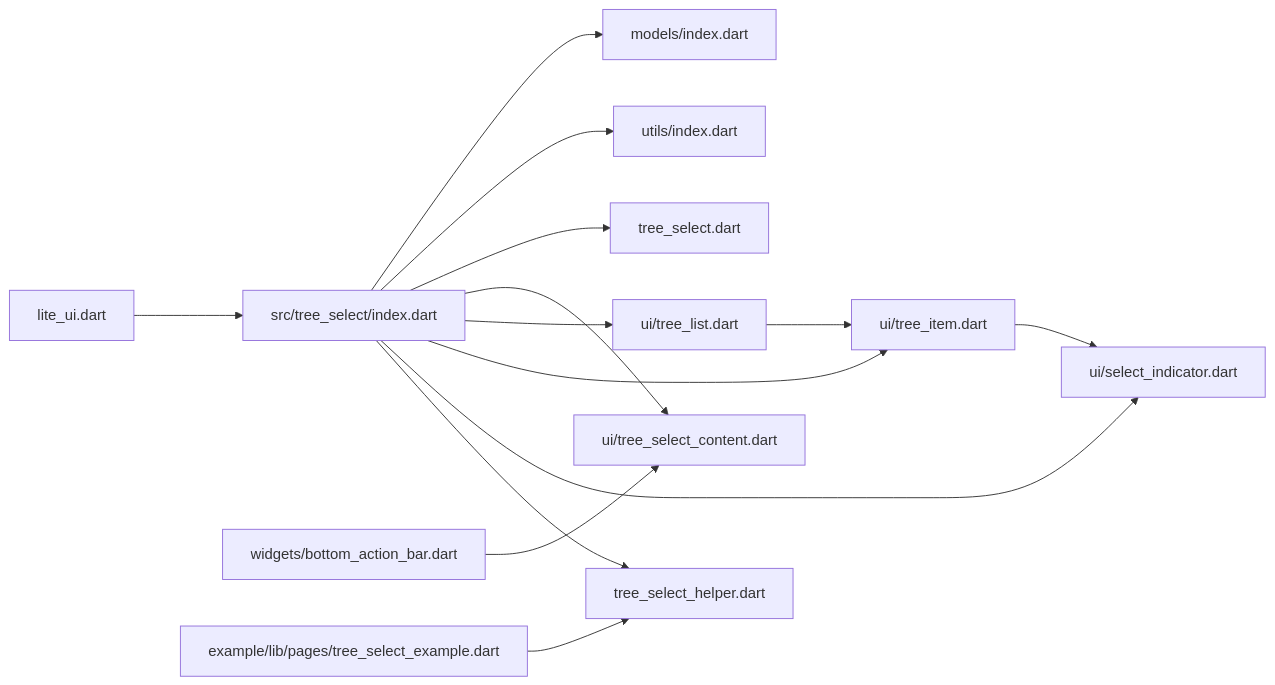
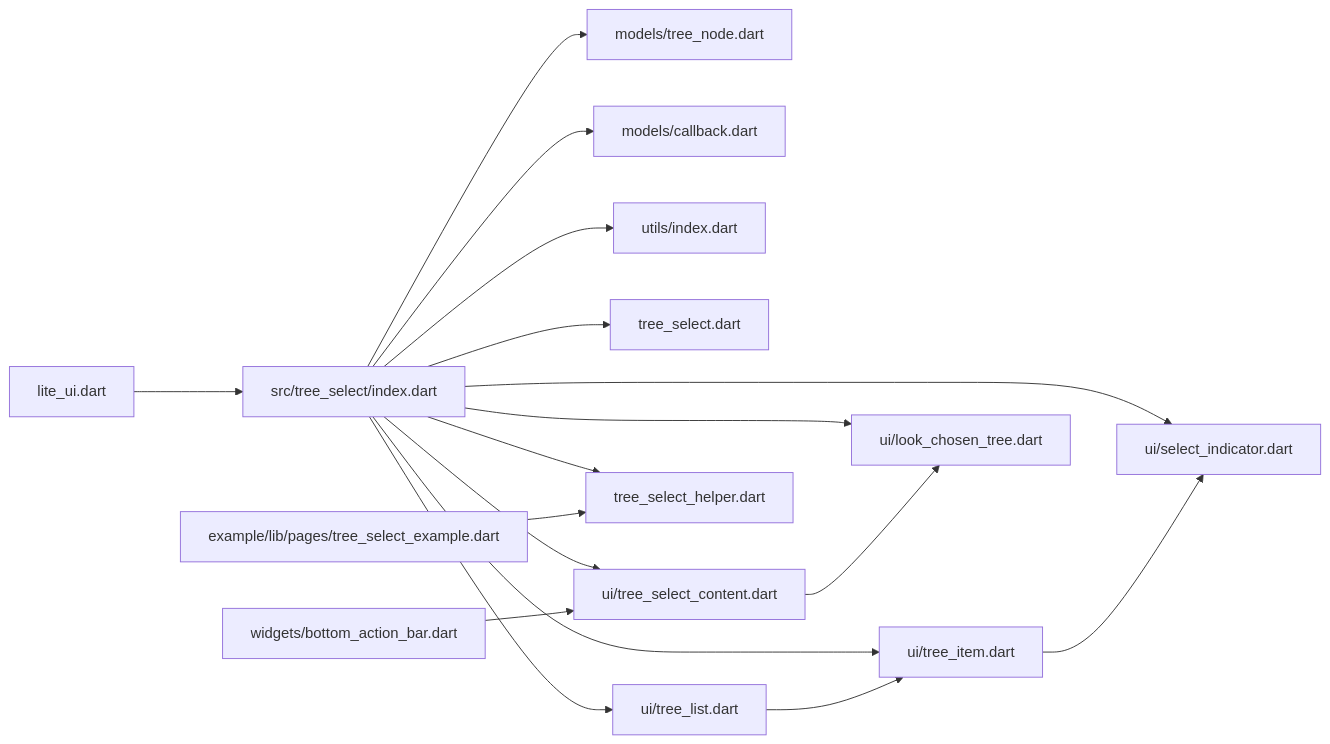
The fifth of 5 diagrams in .qoder/repowiki/zh/content/高级组件/树形选择器.md (yuzhido/lite-ui), drawn with Mermaid before and after one commit. The commit also changed other lines of this file and 34 other files, not shown here.

````diff
--- a/.qoder/repowiki/zh/content/高级组件/树形选择器.md
+++ b/.qoder/repowiki/zh/content/高级组件/树形选择器.md
@@ -407,16 +432,19 @@
 ```mermaid
 graph LR
 Lite["lite_ui.dart"] --> Index["src/tree_select/index.dart"]
-Index --> Model["models/index.dart"]
+Index --> Model["models/tree_node.dart"]
+Index --> Callback["models/callback.dart"]
 Index --> Utils["utils/index.dart"]
 Index --> TS["tree_select.dart"]
 Index --> TMC["ui/tree_select_content.dart"]
 Index --> TL["ui/tree_list.dart"]
 Index --> TI["ui/tree_item.dart"]
 Index --> SI["ui/select_indicator.dart"]
+Index --> LCT["ui/look_chosen_tree.dart"]
 Index --> Helper["tree_select_helper.dart"]
 BA["widgets/bottom_action_bar.dart"] --> TMC
 TL --> TI
 TI --> SI
 Example["example/lib/pages/tree_select_example.dart"] --> Helper
+TMC --> LCT
 ```
````
